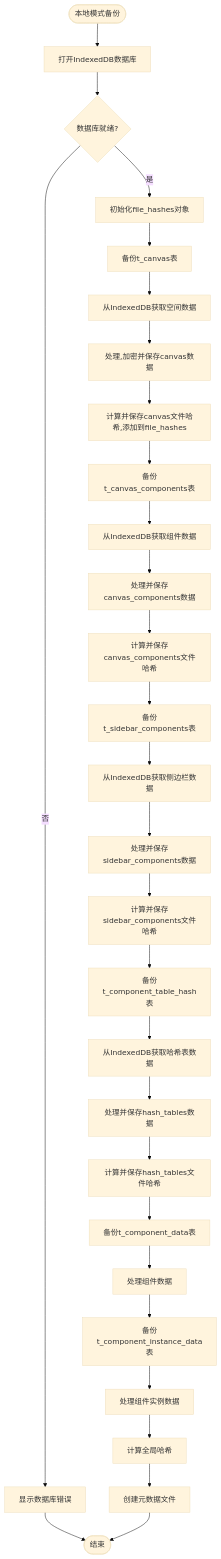
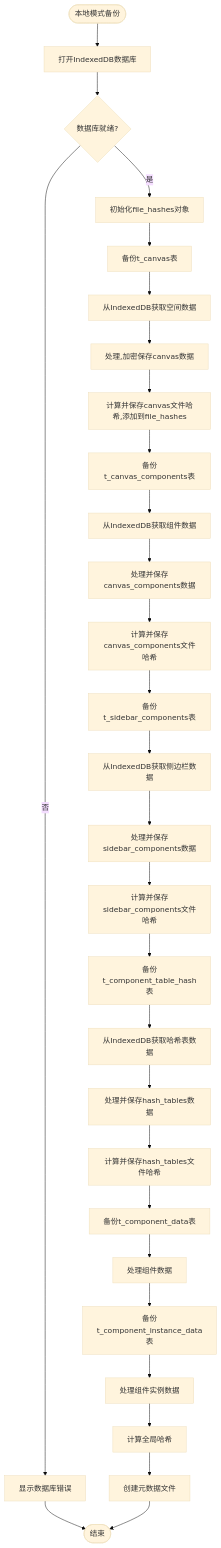
One commit to yingjianzh/iodraw-files changed the diagram in all/未命名-56.md. Above: the diagram before and after it, drawn with Mermaid (base theme).

Commit message:
2025-05-12 14:13:16 update

````diff
--- a/all/未命名-56.md
+++ b/all/未命名-56.md
@@ -1,44 +1,44 @@
 ```mermaid
 
 flowchart TD
     Start([本地模式备份]) --> OpenDB[打开IndexedDB数据库]
     OpenDB --> DBReady{数据库就绪?}
     
     DBReady -->|否| ShowDBError[显示数据库错误]
     DBReady -->|是| InitHashObject[初始化file_hashes对象]
     
     ShowDBError --> End([结束])
     
     InitHashObject --> BackupCanvas[备份t_canvas表]
     BackupCanvas --> GetCanvasFromDB[从IndexedDB获取空间数据]
-    GetCanvasFromDB --> ProcessCanvasFile[处理,加密并保存canvas数据]
+    GetCanvasFromDB --> ProcessCanvasFile[处理,加密保存canvas数据]
     ProcessCanvasFile --> AddCanvasHash[计算并保存canvas文件哈希,添加到file_hashes]
     
     AddCanvasHash --> BackupCanvasComps[备份t_canvas_components表]
     BackupCanvasComps --> GetCanvasCompsFromDB[从IndexedDB获取组件数据]
     GetCanvasCompsFromDB --> ProcessCanvasCompsFile[处理并保存canvas_components数据]
     ProcessCanvasCompsFile --> AddCanvasCompsHash[计算并保存canvas_components文件哈希]
     
     AddCanvasCompsHash --> BackupSidebarComps[备份t_sidebar_components表]
     BackupSidebarComps --> GetSidebarCompsFromDB[从IndexedDB获取侧边栏数据]
     GetSidebarCompsFromDB --> ProcessSidebarCompsFile[处理并保存sidebar_components数据]
     ProcessSidebarCompsFile --> AddSidebarCompsHash[计算并保存sidebar_components文件哈希]
     
     AddSidebarCompsHash --> BackupHashTables[备份t_component_table_hash表]
     BackupHashTables --> GetHashTablesFromDB[从IndexedDB获取哈希表数据]
     GetHashTablesFromDB --> ProcessHashTablesFile[处理并保存hash_tables数据]
     ProcessHashTablesFile --> AddHashTablesHash[计算并保存hash_tables文件哈希]
     
     AddHashTablesHash --> BackupCompData[备份t_component_data表]
     BackupCompData --> ProcessCompData[处理组件数据]
     
     ProcessCompData --> BackupInstData[备份t_component_instance_data表]
     BackupInstData --> ProcessInstData[处理组件实例数据]
     
     ProcessInstData --> CalculateGlobalHash[计算全局哈希]
     CalculateGlobalHash --> CreateMetadataFile[创建元数据文件]
     
     CreateMetadataFile --> End
 
 
 ```
````
